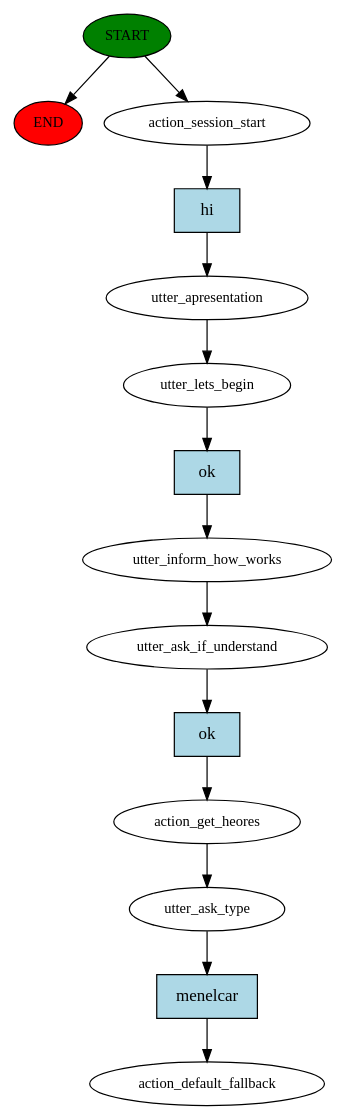
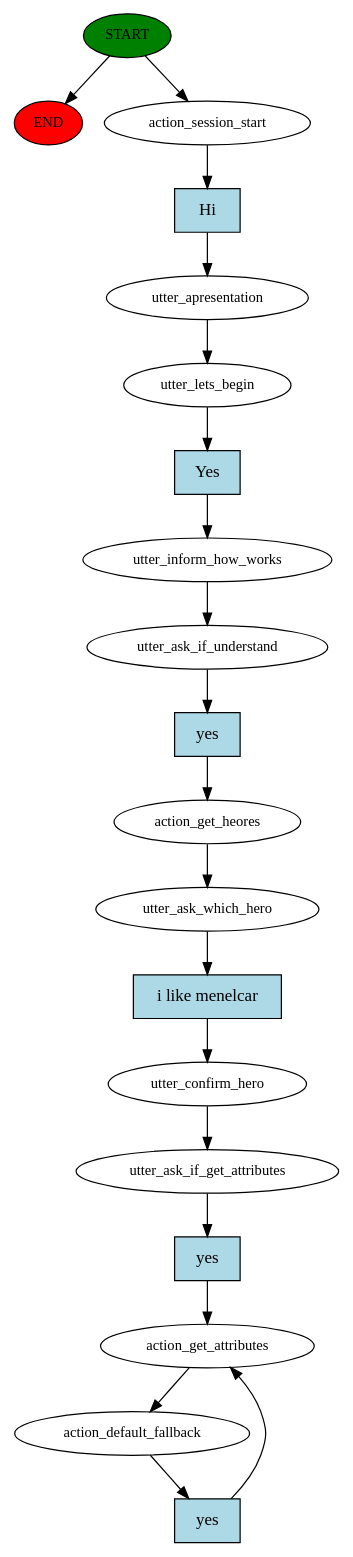
One commit to rafaelmauricioaraujo/lotrbot changed the diagram in story_graph.dot. Above: the diagram before and after it, drawn with Graphviz. The commit also changed 5 other files, not shown here.

```diff
--- a/story_graph.dot
+++ b/story_graph.dot
@@ -1,29 +1,40 @@
 digraph  {
 0 [class="start active", fillcolor=green, fontsize=12, label=START, style=filled];
 "-1" [class=end, fillcolor=red, fontsize=12, label=END, style=filled];
 1 [class=active, fontsize=12, label=action_session_start];
 2 [class=active, fontsize=12, label=utter_apresentation];
 3 [class=active, fontsize=12, label=utter_lets_begin];
 4 [class=active, fontsize=12, label=utter_inform_how_works];
 5 [class=active, fontsize=12, label=utter_ask_if_understand];
 6 [class=active, fontsize=12, label=action_get_heores];
-7 [class=active, fontsize=12, label=utter_ask_type];
-8 [class="dashed active", fontsize=12, label=action_default_fallback];
-9 [class="intent active", fillcolor=lightblue, label=hi, shape=rect, style=filled];
-10 [class="intent active", fillcolor=lightblue, label=ok, shape=rect, style=filled];
-11 [class="intent active", fillcolor=lightblue, label=ok, shape=rect, style=filled];
-12 [class="intent active", fillcolor=lightblue, label=menelcar, shape=rect, style=filled];
+7 [class=active, fontsize=12, label=utter_ask_which_hero];
+8 [class=active, fontsize=12, label=utter_confirm_hero];
+9 [class=active, fontsize=12, label=utter_ask_if_get_attributes];
+10 [class=active, fontsize=12, label=action_get_attributes];
+11 [class="active dashed", fontsize=12, label=action_default_fallback];
+14 [class="intent active", fillcolor=lightblue, label=Hi, shape=rect, style=filled];
+15 [class="intent active", fillcolor=lightblue, label=Yes, shape=rect, style=filled];
+16 [class="intent active", fillcolor=lightblue, label=yes, shape=rect, style=filled];
+17 [class="intent active", fillcolor=lightblue, label="i like menelcar", shape=rect, style=filled];
+18 [class="intent active", fillcolor=lightblue, label=yes, shape=rect, style=filled];
+19 [class="intent active", fillcolor=lightblue, label=yes, shape=rect, style=filled];
 0 -> "-1"  [class="", key=NONE, label=""];
 0 -> 1  [class=active, key=NONE, label=""];
-1 -> 9  [class=active, key=0];
+1 -> 14  [class=active, key=0];
 2 -> 3  [class=active, key=NONE, label=""];
-3 -> 10  [class=active, key=0];
+3 -> 15  [class=active, key=0];
 4 -> 5  [class=active, key=NONE, label=""];
-5 -> 11  [class=active, key=0];
+5 -> 16  [class=active, key=0];
 6 -> 7  [class=active, key=NONE, label=""];
-7 -> 12  [class=active, key=0];
-9 -> 2  [class=active, key=0];
-10 -> 4  [class=active, key=0];
-11 -> 6  [class=active, key=0];
-12 -> 8  [class=active, key=0];
+7 -> 17  [class=active, key=0];
+8 -> 9  [class=active, key=NONE, label=""];
+9 -> 18  [class=active, key=0];
+10 -> 11  [class=active, key=NONE, label=""];
+11 -> 19  [class=active, key=0];
+14 -> 2  [class=active, key=0];
+15 -> 4  [class=active, key=0];
+16 -> 6  [class=active, key=0];
+17 -> 8  [class=active, key=0];
+18 -> 10  [class=active, key=0];
+19 -> 10  [class=active, key=0];
 }
```
